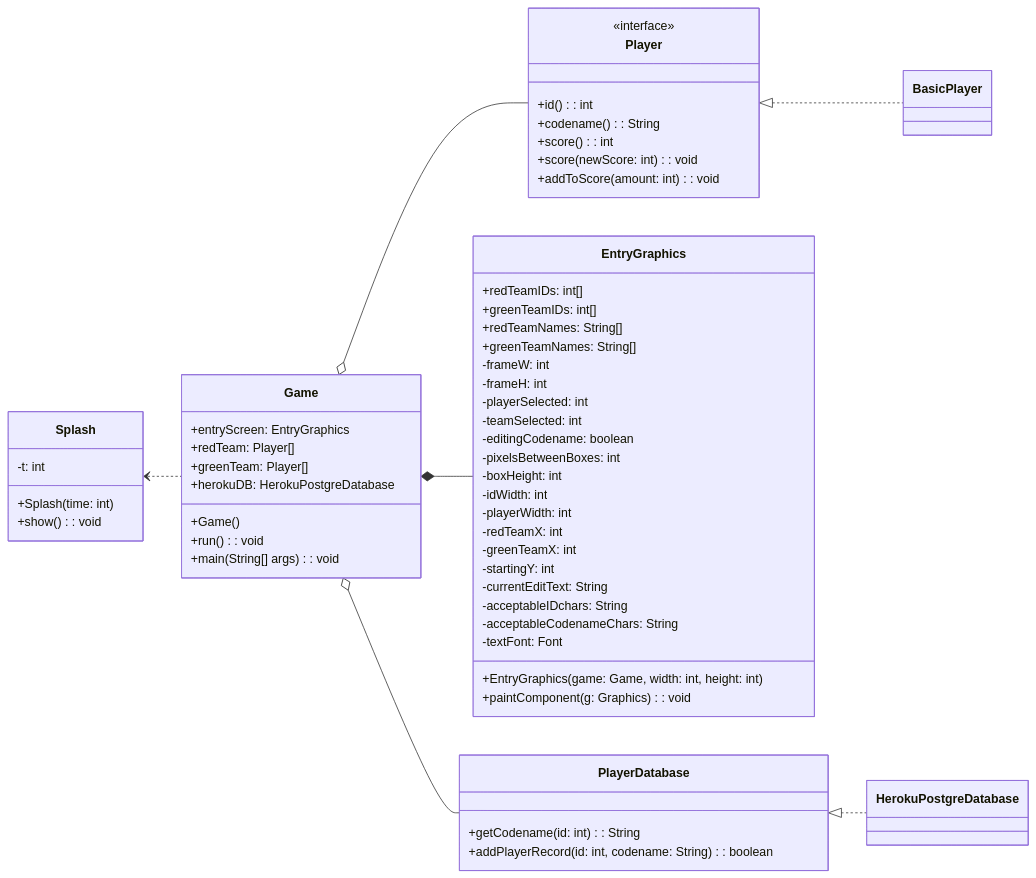
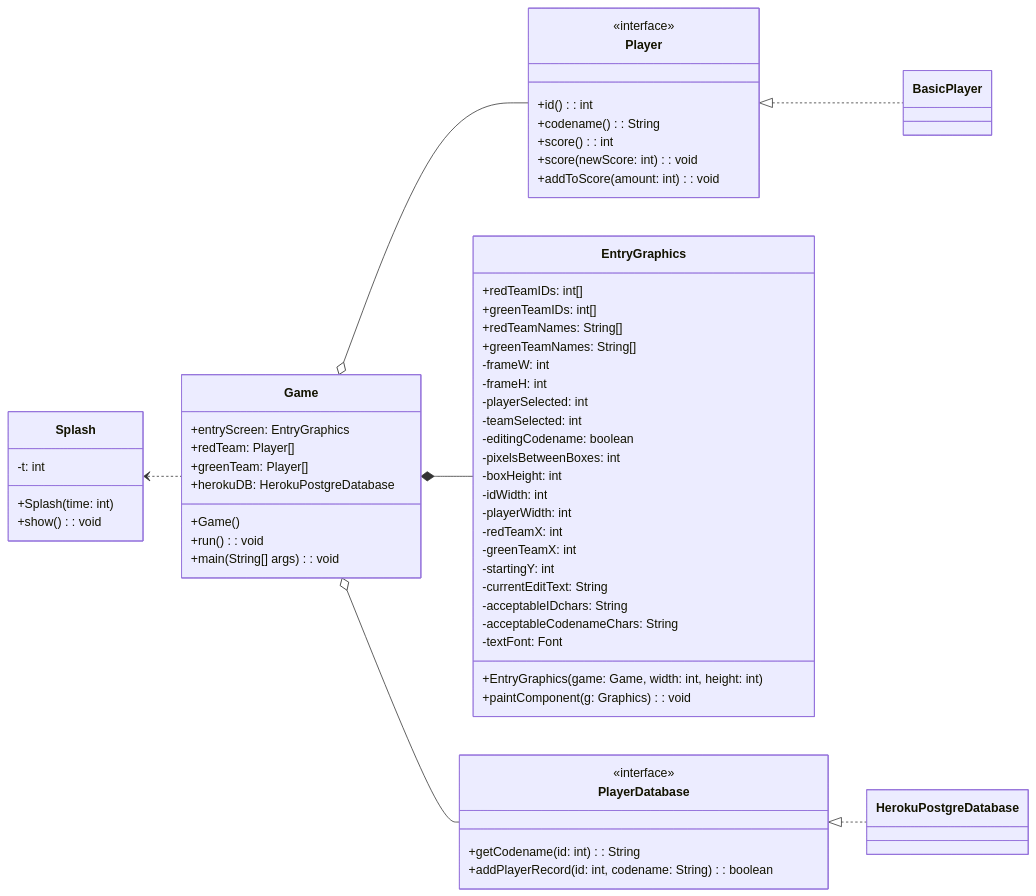
The diagram in class-diagram.md (UArk-CSCE-3513-2022-Fall-Team-01/Photon), drawn with Mermaid before and after one commit.

Commit message:
Update diagram with forgotten interface annotation

````diff
--- a/class-diagram.md
+++ b/class-diagram.md
@@ -5,65 +5,66 @@
 ```mermaid
 classDiagram-v2
     direction LR
     Game o-- Player
     Game *-- EntryGraphics
     Game o-- PlayerDatabase
     Splash <.. Game
     Player <|.. BasicPlayer
     PlayerDatabase <|.. HerokuPostgreDatabase
 
     class Game {
         +entryScreen: EntryGraphics
         +redTeam: Player[]
         +greenTeam: Player[]
         +herokuDB: HerokuPostgreDatabase
         +Game()
         +run(): void
         +main(String[] args): void
     }
 
     class Player {
         <<interface>>
         +id(): int
         +codename(): String
         +score(): int
         +score(newScore: int): void
         +addToScore(amount: int): void
     }
 
     class PlayerDatabase {
+        <<interface>>
         +getCodename(id: int): String
         +addPlayerRecord(id: int, codename: String): boolean
     }
 
     class Splash {
         -t: int
         +Splash(time: int)
         +show(): void
     }
 
     class EntryGraphics {
         +redTeamIDs: int[]
         +greenTeamIDs: int[]
         +redTeamNames: String[]
         +greenTeamNames: String[]
         -frameW: int
         -frameH: int
         -playerSelected: int
         -teamSelected: int
         -editingCodename: boolean
         -pixelsBetweenBoxes: int
         -boxHeight: int
         -idWidth: int
         -playerWidth: int
         -redTeamX: int
         -greenTeamX: int
         -startingY: int
         -currentEditText: String
         -acceptableIDchars: String
         -acceptableCodenameChars: String
         -textFont: Font
         +EntryGraphics(game: Game, width: int, height: int)
         +paintComponent(g: Graphics): void
     }
 ```
````
